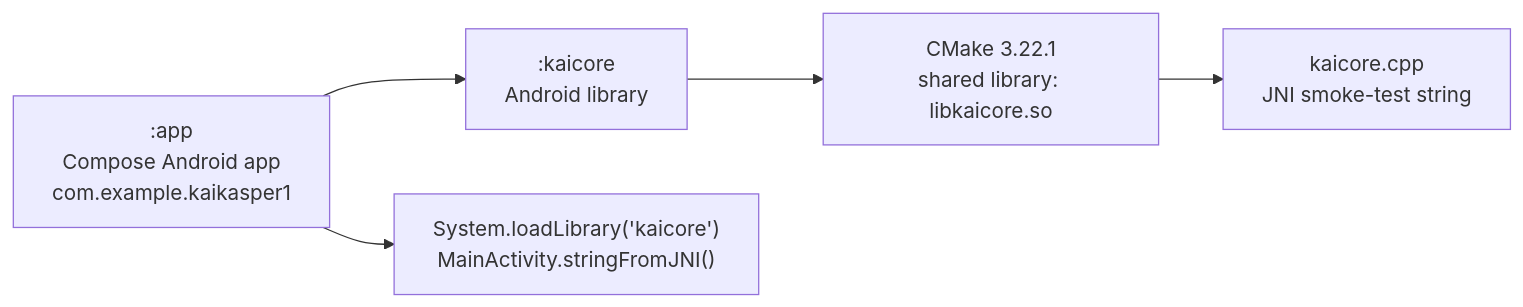
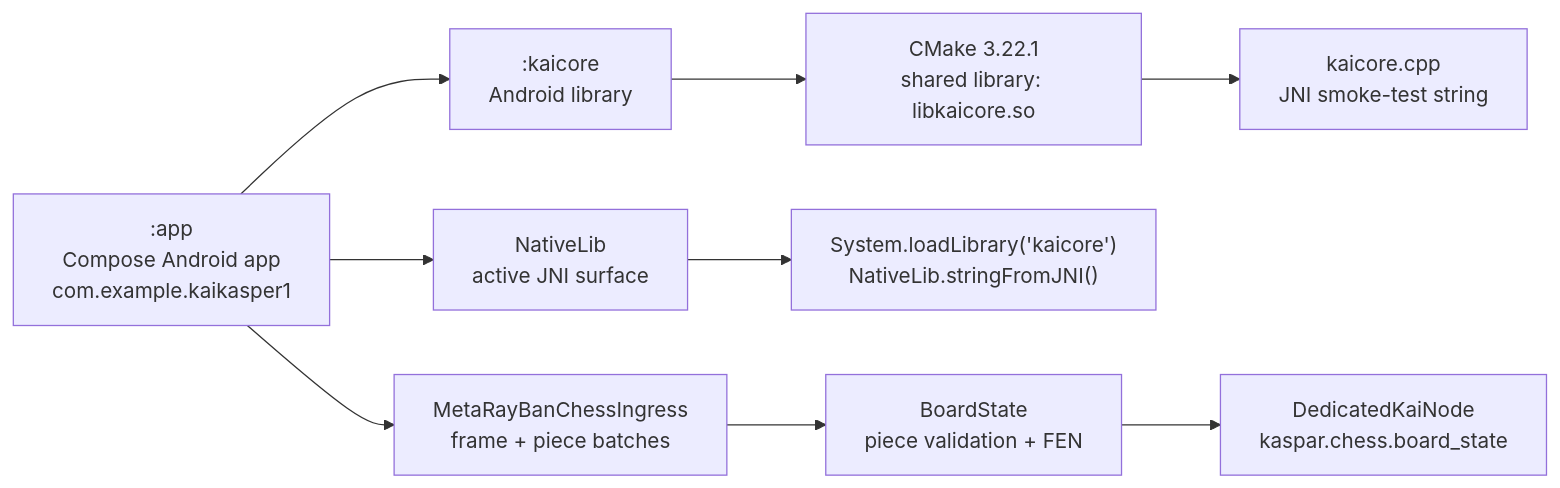
The first of 3 diagrams in Readme.md (cschladetsch/KaiKaspar), drawn with Mermaid before and after one commit. The commit also changed other lines of this file and 14 other files, not shown here.

Commit message:
Add chess ingress helper

````diff
--- a/Readme.md
+++ b/Readme.md
@@ -25,7 +25,11 @@
 ```mermaid
 flowchart LR
     App[":app<br/>Compose Android app<br/>com.example.kaikasper1"] --> Core[":kaicore<br/>Android library"]
-    App --> JNI["System.loadLibrary('kaicore')<br/>MainActivity.stringFromJNI()"]
+    App --> Native["NativeLib<br/>active JNI surface"]
+    App --> Ingress["MetaRayBanChessIngress<br/>frame + piece batches"]
+    Ingress --> Board["BoardState<br/>piece validation + FEN"]
+    Board --> Node["DedicatedKaiNode<br/>kaspar.chess.board_state"]
+    Native --> JNI["System.loadLibrary('kaicore')<br/>NativeLib.stringFromJNI()"]
     Core --> CMake["CMake 3.22.1<br/>shared library: libkaicore.so"]
     CMake --> CPP["kaicore.cpp<br/>JNI smoke-test string"]
 ```
````
